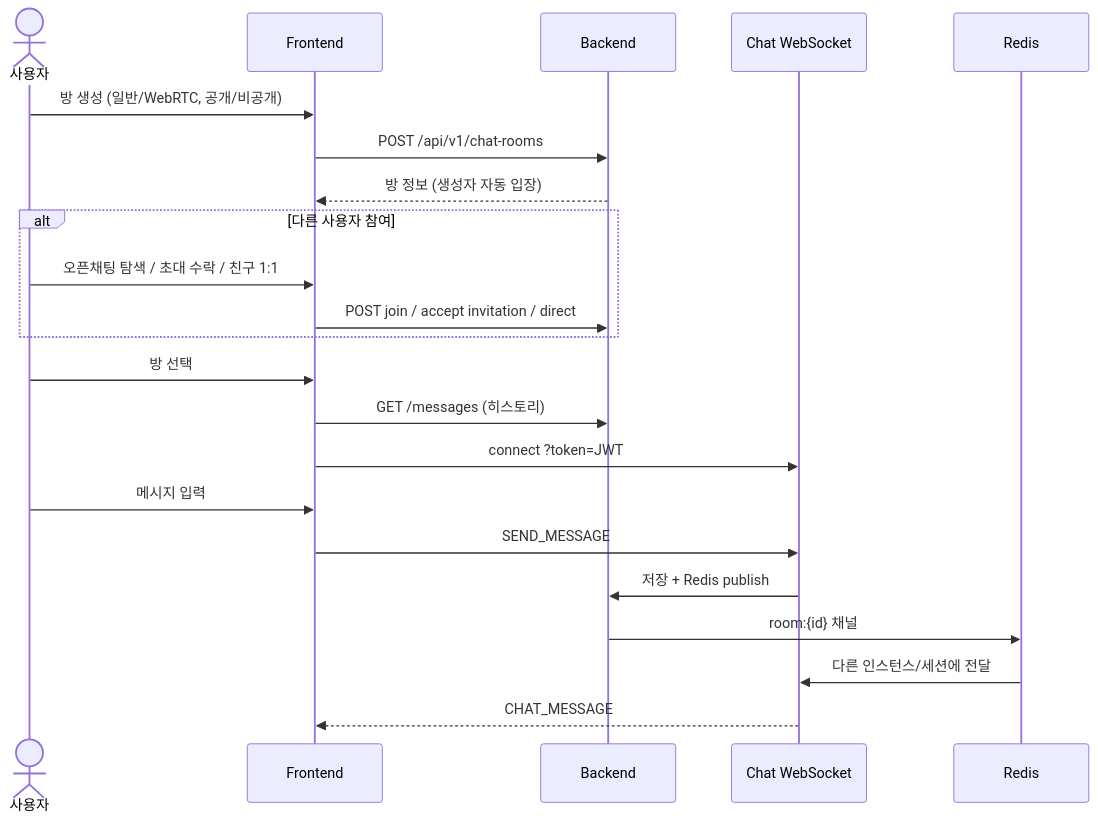
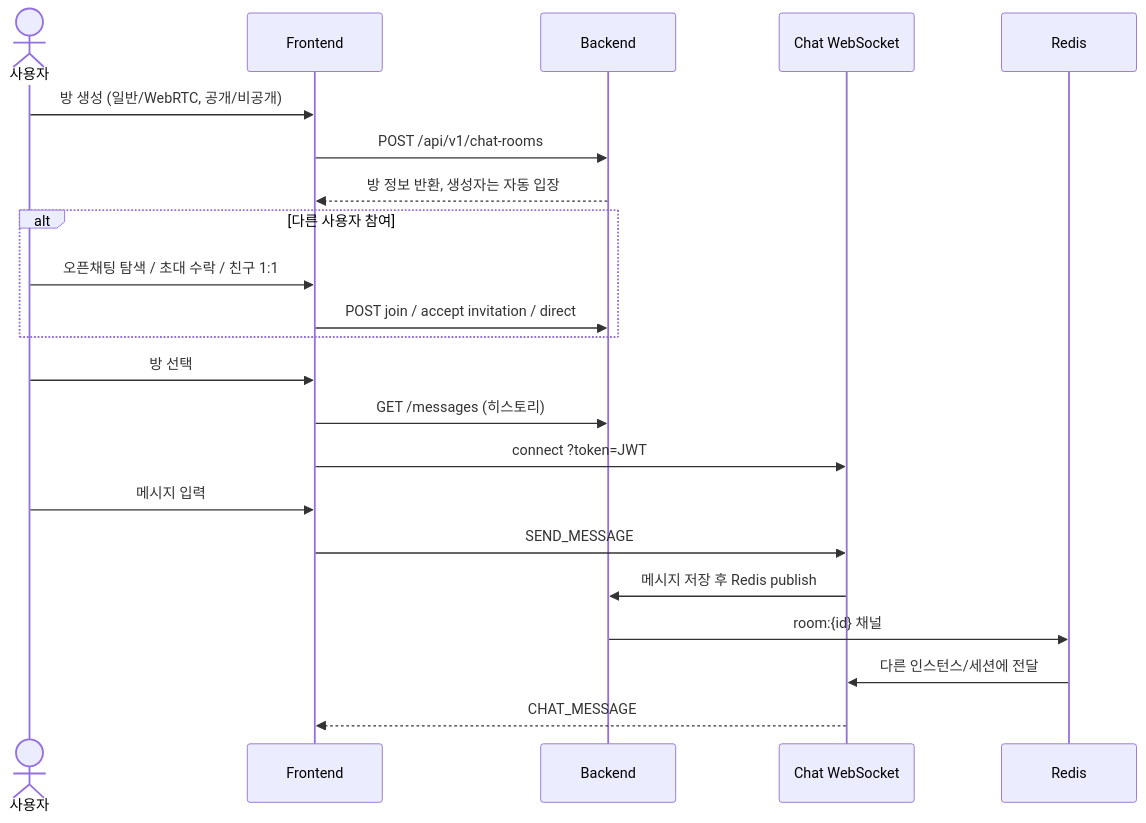
Before and after one commit to skyleedevzero86/studyKotlin: the fifth of 7 diagrams in ko_chat/README.md, drawn with Mermaid. The commit also changed other lines of this file and 16 other files, not shown here.

````diff
--- a/ko_chat/README.md
+++ b/ko_chat/README.md
@@ -436,27 +520,27 @@
 ```mermaid
 sequenceDiagram
     actor U as 사용자
     participant F as Frontend
     participant B as Backend
     participant WS as Chat WebSocket
     participant R as Redis
 
     U->>F: 방 생성 (일반/WebRTC, 공개/비공개)
     F->>B: POST /api/v1/chat-rooms
-    B-->>F: 방 정보 (생성자 자동 입장)
+    B-->>F: 방 정보 반환, 생성자는 자동 입장
 
     alt 다른 사용자 참여
         U->>F: 오픈채팅 탐색 / 초대 수락 / 친구 1:1
         F->>B: POST join / accept invitation / direct
     end
 
     U->>F: 방 선택
     F->>B: GET /messages (히스토리)
     F->>WS: connect ?token=JWT
     U->>F: 메시지 입력
     F->>WS: SEND_MESSAGE
-    WS->>B: 저장 + Redis publish
+    WS->>B: 메시지 저장 후 Redis publish
     B->>R: room:{id} 채널
     R->>WS: 다른 인스턴스/세션에 전달
     WS-->>F: CHAT_MESSAGE
 ```
````
